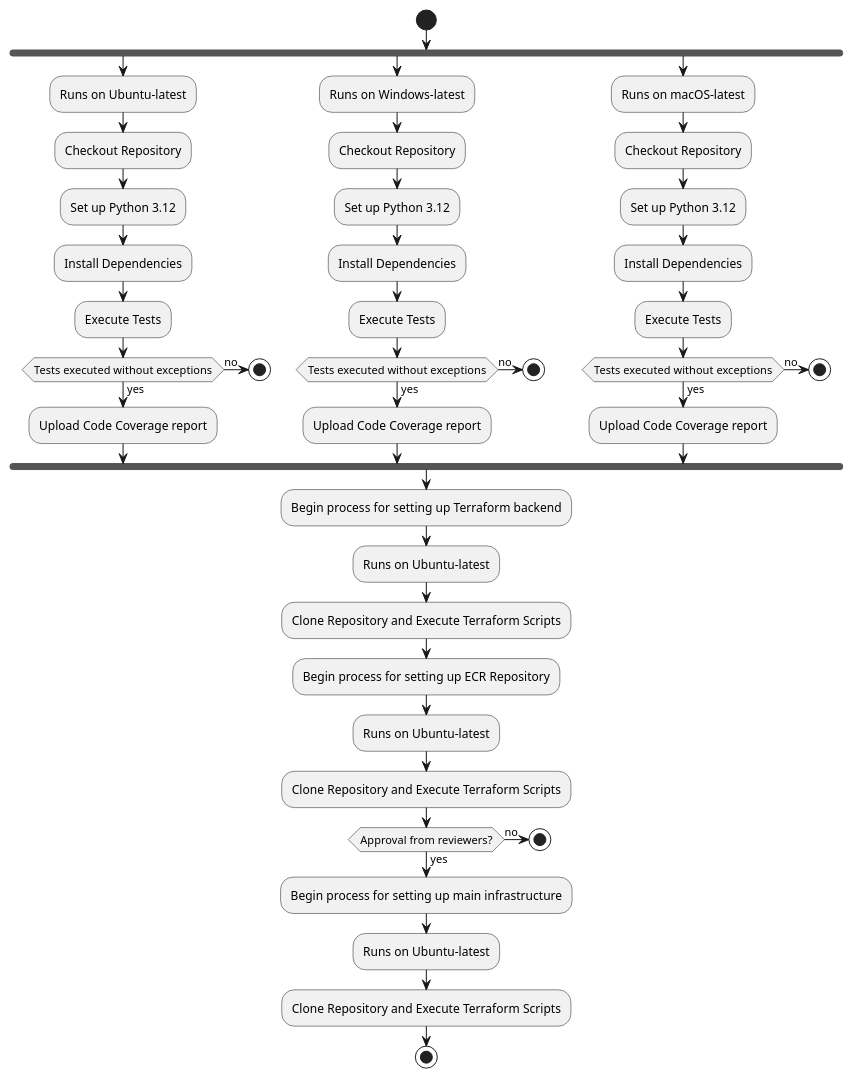
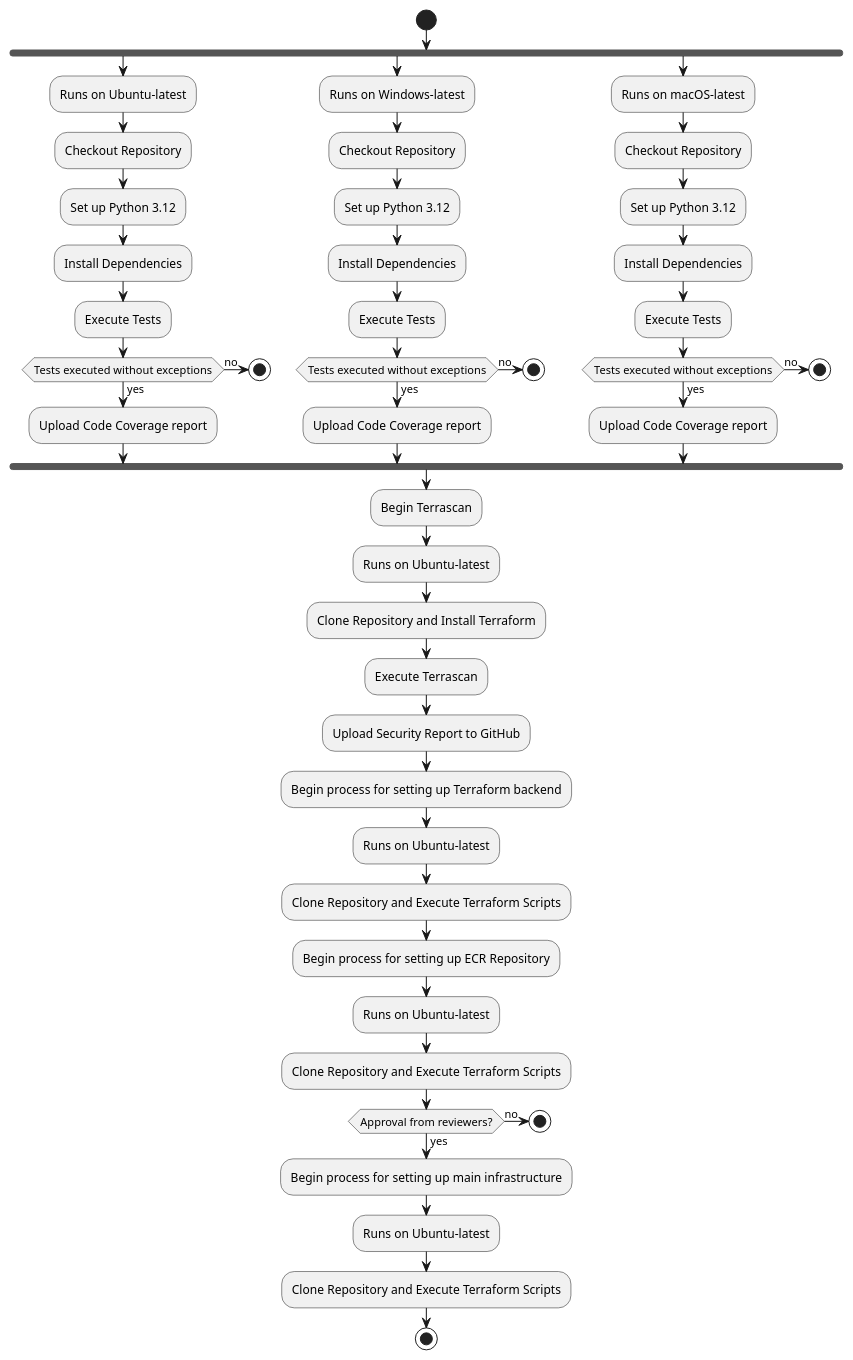
Before and after one commit to ssg-wsg/Sample-Codes: the diagram in SSG-API-Testing-Application-v2/docs/assets/developer-guide/CICDActivityDiagram.puml, drawn with PlantUML. The commit also changed 68 other files, not shown here.

```diff
--- a/SSG-API-Testing-Application-v2/docs/assets/developer-guide/CICDActivityDiagram.puml
+++ b/SSG-API-Testing-Application-v2/docs/assets/developer-guide/CICDActivityDiagram.puml
@@ -1,60 +1,66 @@
 @startuml
 start
 fork
 :Runs on Ubuntu-latest;
 :Checkout Repository;
 :Set up Python 3.12;
 :Install Dependencies;
 :Execute Tests;
 
 if (Tests executed without exceptions) then (yes)
     :Upload Code Coverage report;
 else (no)
     stop
 endif
 
 fork again
 :Runs on Windows-latest;
 :Checkout Repository;
 :Set up Python 3.12;
 :Install Dependencies;
 :Execute Tests;
 
 if (Tests executed without exceptions) then (yes)
     :Upload Code Coverage report;
 else (no)
     stop
 endif
 
 fork again
 :Runs on macOS-latest;
 :Checkout Repository;
 :Set up Python 3.12;
 :Install Dependencies;
 :Execute Tests;
 
 if (Tests executed without exceptions) then (yes)
     :Upload Code Coverage report;
 else (no)
     stop
 endif
 
 endfork
 
+:Begin Terrascan;
+:Runs on Ubuntu-latest;
+:Clone Repository and Install Terraform;
+:Execute Terrascan;
+:Upload Security Report to GitHub;
+
 :Begin process for setting up Terraform backend;
 :Runs on Ubuntu-latest;
 :Clone Repository and Execute Terraform Scripts;
 
 :Begin process for setting up ECR Repository;
 :Runs on Ubuntu-latest;
 :Clone Repository and Execute Terraform Scripts;
 
 if (Approval from reviewers?) then (yes)
     :Begin process for setting up main infrastructure;
     :Runs on Ubuntu-latest;
     :Clone Repository and Execute Terraform Scripts;
     stop
 else (no)
     stop
 
 @enduml
```
